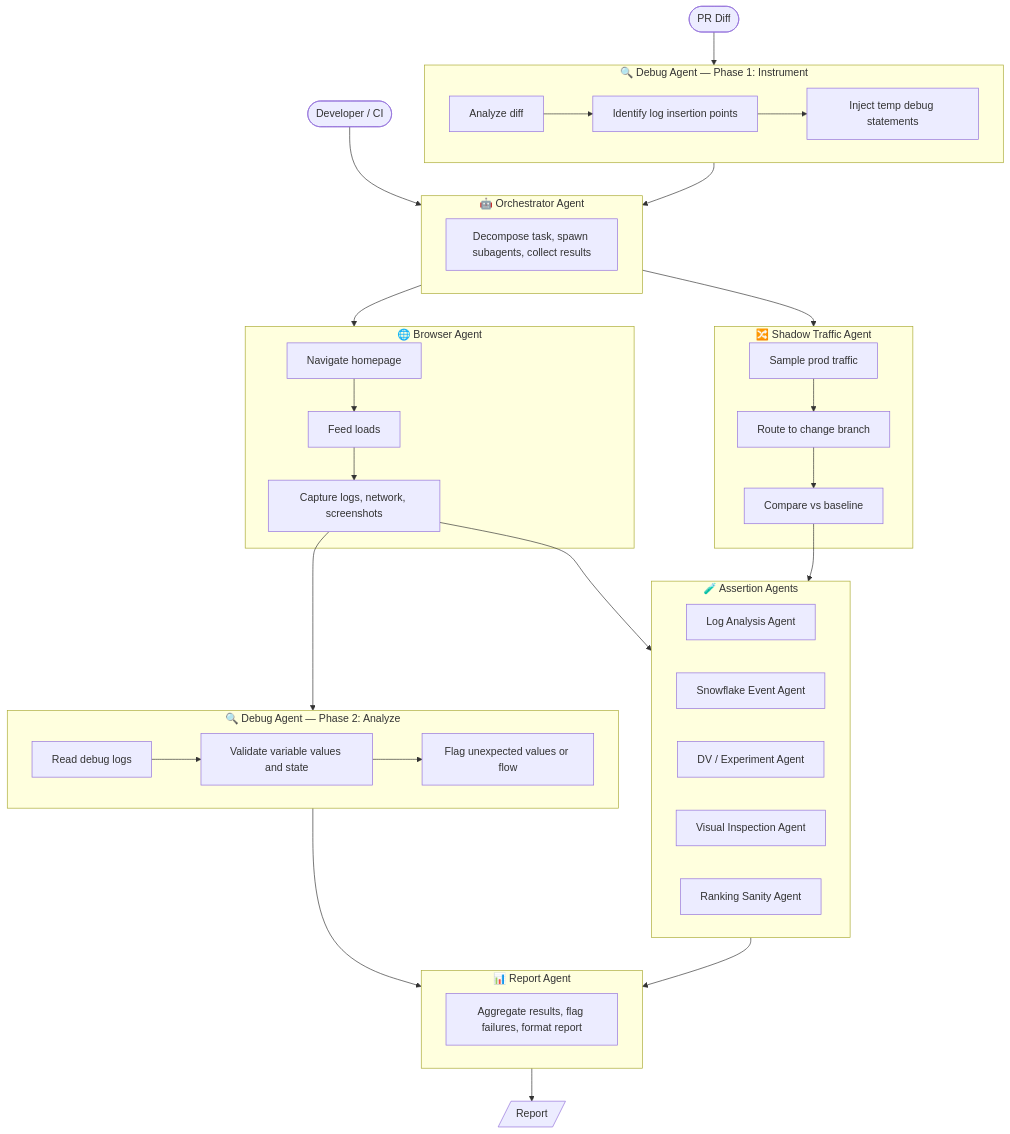
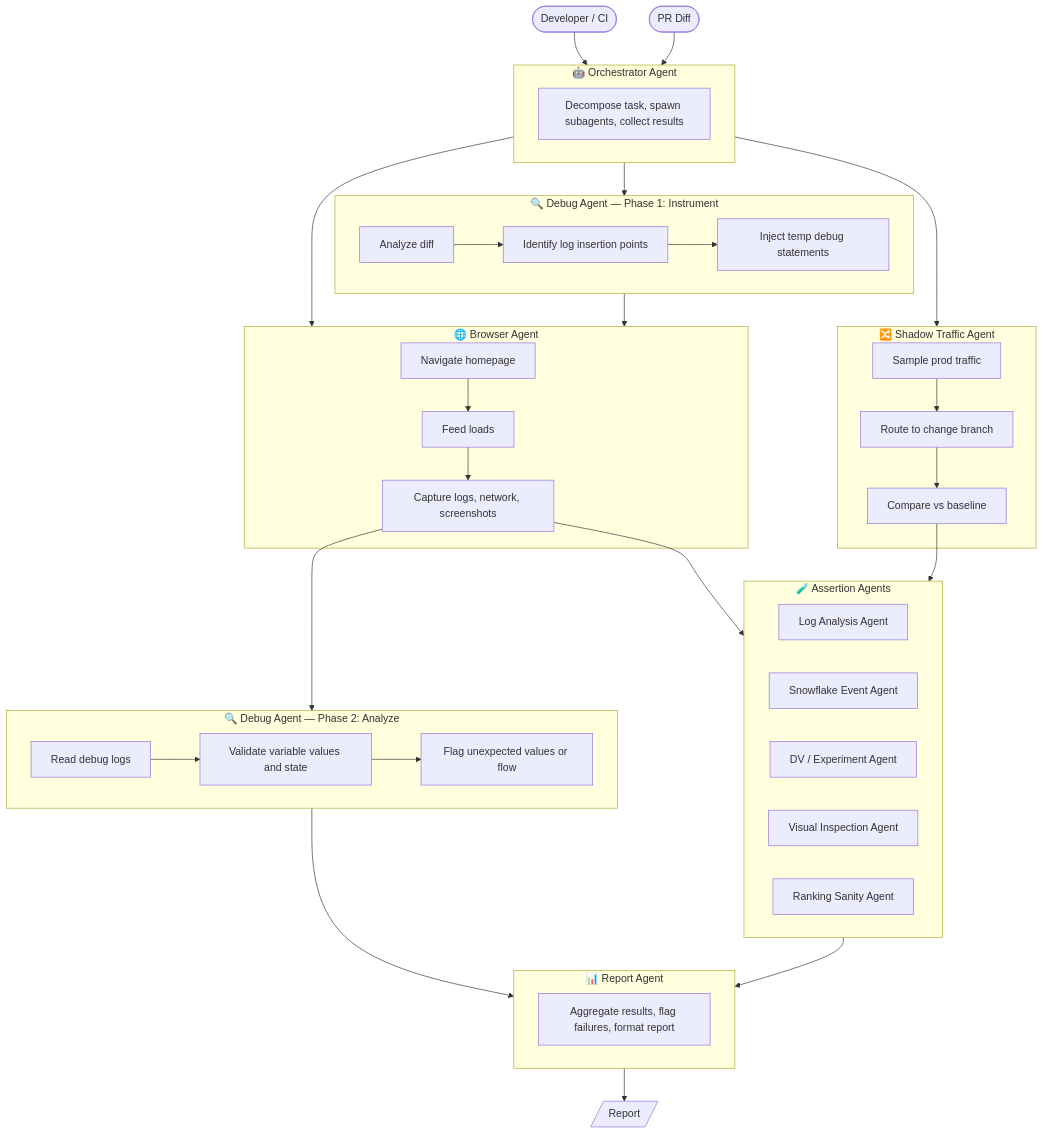
The first of 4 diagrams in sandbox-e2e-testing/1-pager.md (daniel-fonyo/dd-brain), drawn with Mermaid before and after one commit.

Commit message:
Debug Agent Phase 1 spawned from Orchestrator, not from PR Diff directly

````diff
--- a/sandbox-e2e-testing/1-pager.md
+++ b/sandbox-e2e-testing/1-pager.md
@@ -8,51 +8,52 @@
 ```mermaid
 flowchart TD
     A([Developer / CI]) --> Orch
-    PR([PR Diff]) --> DA1
+    PR([PR Diff]) --> Orch
+
+    subgraph Orch["🤖 Orchestrator Agent"]
+        O1[Decompose task, spawn subagents, collect results]
+    end
+
+    Orch --> DA1
+    Orch --> BA
+    Orch --> STA
 
     subgraph DA1["🔍 Debug Agent — Phase 1: Instrument"]
         D1[Analyze diff] --> D2[Identify log insertion points] --> D3[Inject temp debug statements]
     end
 
-    DA1 --> Orch
-
-    subgraph Orch["🤖 Orchestrator Agent"]
-        O1[Decompose task, spawn subagents, collect results]
-    end
-
-    Orch --> BA
-    Orch --> STA
+    DA1 --> BA
 
     subgraph BA["🌐 Browser Agent"]
         B1[Navigate homepage] --> B2[Feed loads] --> B3[Capture logs, network, screenshots]
     end
 
     subgraph STA["🔀 Shadow Traffic Agent"]
         S1[Sample prod traffic] --> S2[Route to change branch] --> S3[Compare vs baseline]
     end
 
     B3 --> DA2
     B3 --> AA
     S3 --> AA
 
     subgraph DA2["🔍 Debug Agent — Phase 2: Analyze"]
         DAN1[Read debug logs] --> DAN2[Validate variable values and state] --> DAN3[Flag unexpected values or flow]
     end
 
     subgraph AA["🧪 Assertion Agents"]
         AA1[Log Analysis Agent]
         AA2[Snowflake Event Agent]
         AA3[DV / Experiment Agent]
         AA4[Visual Inspection Agent]
         AA5[Ranking Sanity Agent]
     end
 
     DA2 --> RA
     AA --> RA
 
     subgraph RA["📊 Report Agent"]
         R1[Aggregate results, flag failures, format report]
     end
 
     RA --> Z[/Report/]
 ```
````
